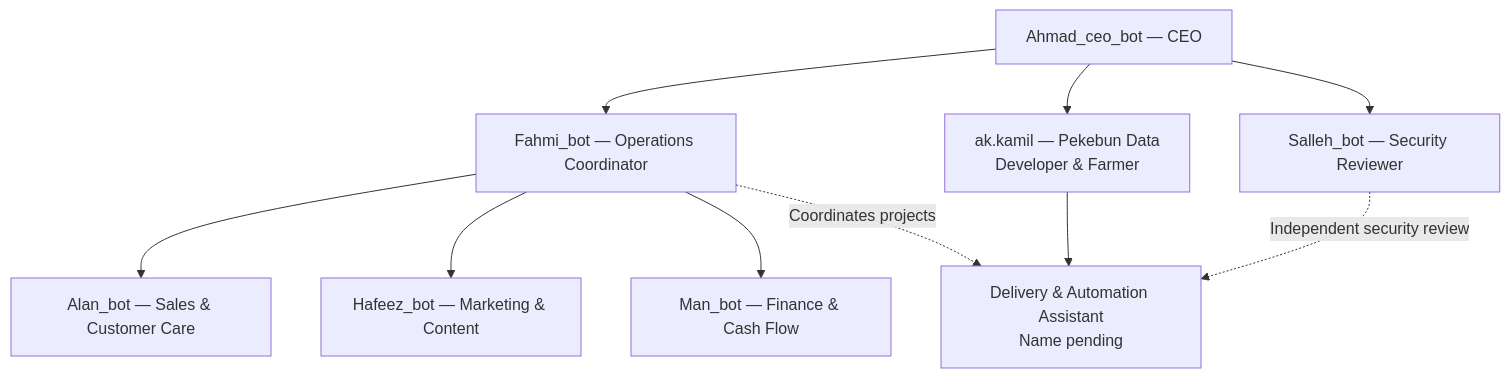
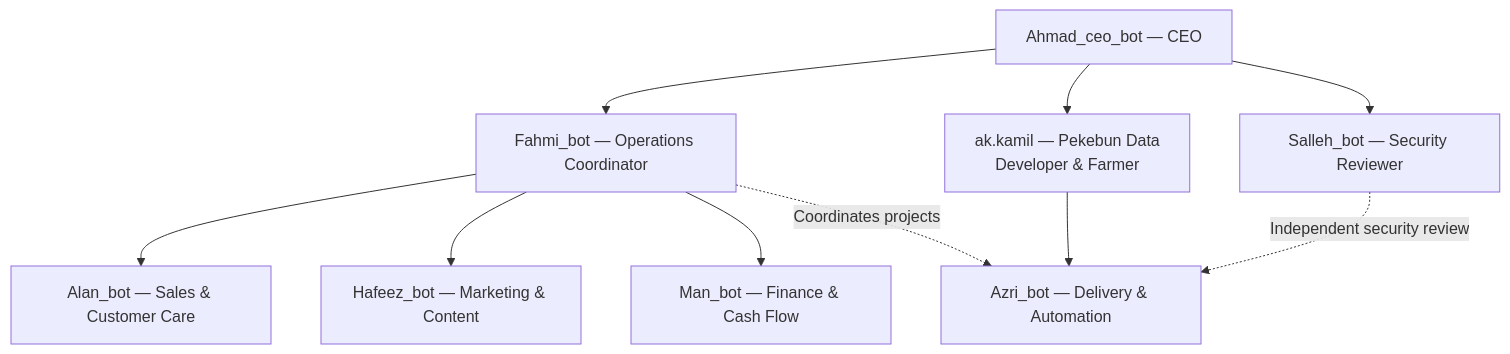
Before and after one commit to kamil-io/agentic-ai-workspace: the diagram in docs/agent-organisation.md, drawn with Mermaid. The commit also changed other lines of this file and 2 other files, not shown here.

Commit message:
docs: assign Azri_bot to delivery and automation

````diff
--- a/docs/agent-organisation.md
+++ b/docs/agent-organisation.md
@@ -7,13 +7,13 @@
 ```mermaid
 flowchart TD
     CEO["Ahmad_ceo_bot — CEO"]
     CEO --> Ops["Fahmi_bot — Operations Coordinator"]
     CEO --> Kamil["ak.kamil — Pekebun Data<br/>Developer & Farmer"]
     CEO --> Security["Salleh_bot — Security Reviewer"]
     Ops --> Sales["Alan_bot — Sales & Customer Care"]
     Ops --> Marketing["Hafeez_bot — Marketing & Content"]
     Ops --> Finance["Man_bot — Finance & Cash Flow"]
-    Kamil --> Delivery["Delivery & Automation Assistant<br/>Name pending"]
+    Kamil --> Delivery["Azri_bot — Delivery & Automation"]
     Ops -. "Coordinates projects" .-> Delivery
     Security -. "Independent security review" .-> Delivery
 ```
````
